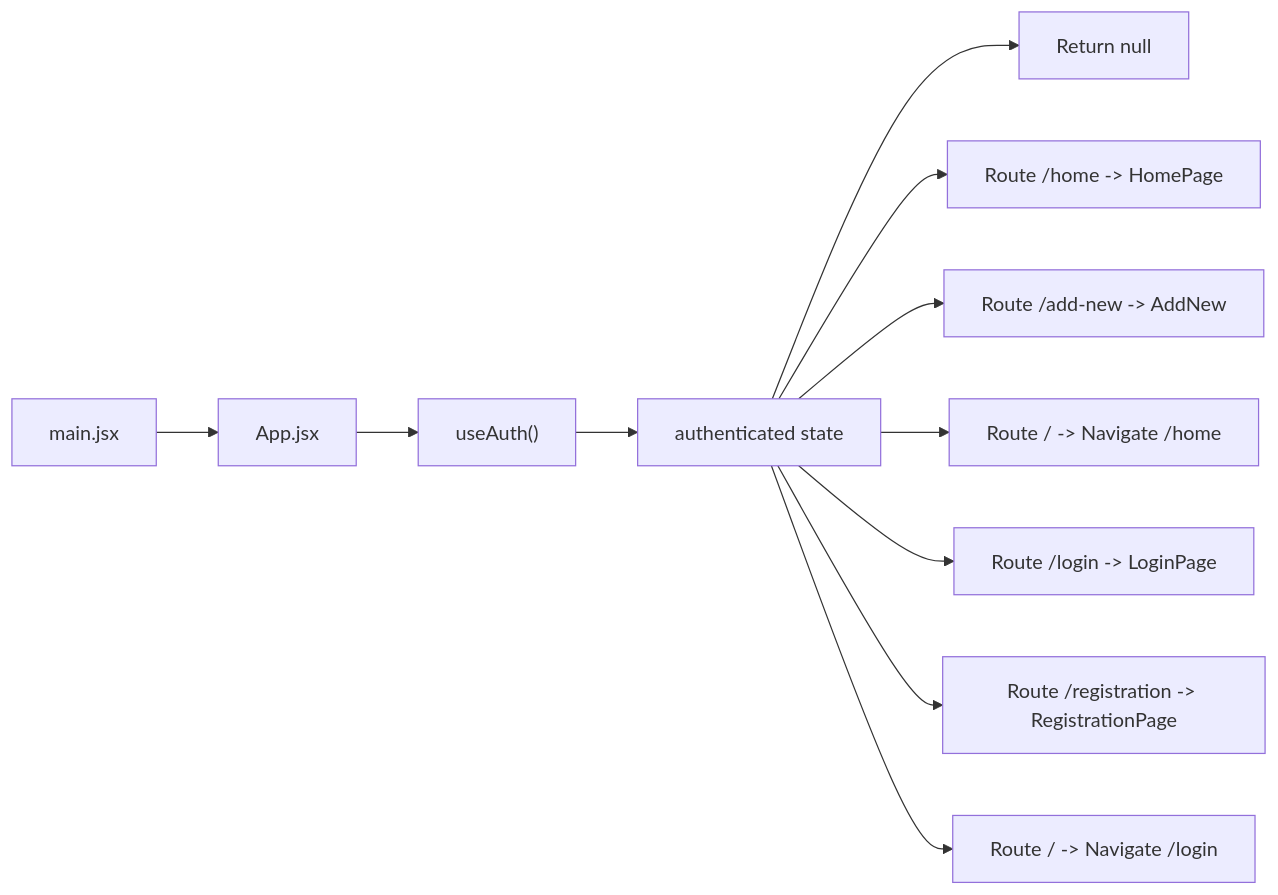
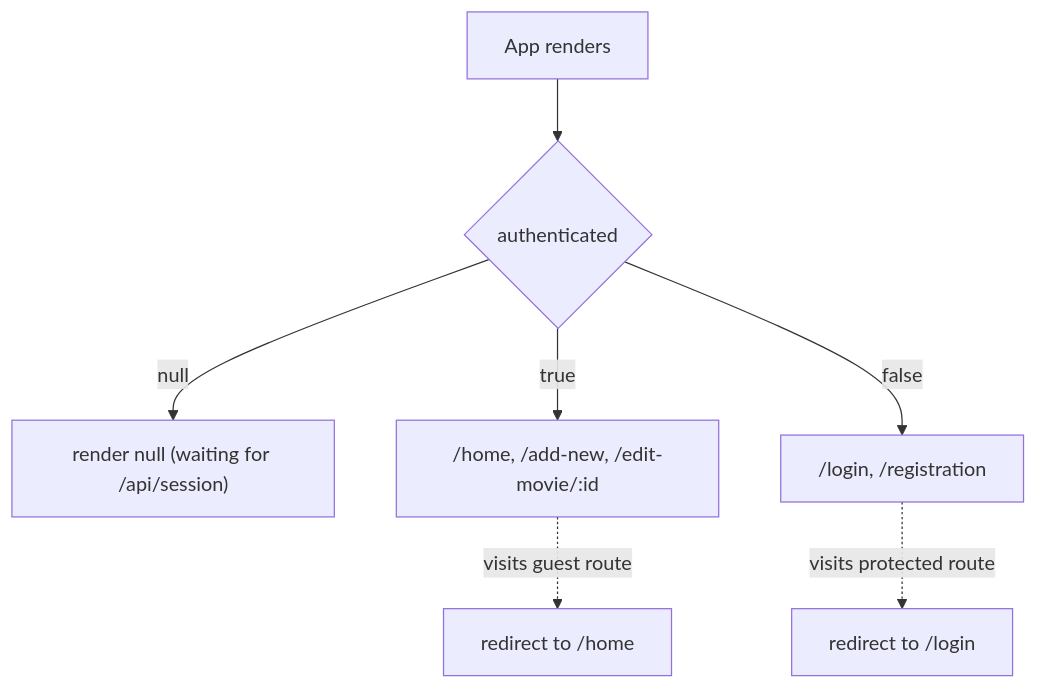
The sixth of 7 diagrams in README.md (rhythm162k/my_movie_diary), drawn with Mermaid before and after one commit. The commit also changed other lines of this file, not shown here.

````diff
--- a/README.md
+++ b/README.md
@@ -984,24 +561,9 @@
 ```mermaid
-flowchart LR
-    subIndex["main.jsx"]
-    AppC["App.jsx"]
-    useAuthHook["useAuth()"]
-    authCheck["authenticated state"]
-    ReturnNull["Return null"]
-    HomeRoute["Route /home -> HomePage"]
-    AddRoute["Route /add-new -> AddNew"]
-    RootRoute["Route / -> Navigate /home"]
-    LoginRoute["Route /login -> LoginPage"]
-    RegRoute["Route /registration -> RegistrationPage"]
-    RootRouteFalse["Route / -> Navigate /login"]
-    subIndex --> AppC
-    AppC --> useAuthHook
-    useAuthHook --> authCheck
-    authCheck --> ReturnNull
-    authCheck --> HomeRoute
-    authCheck --> AddRoute
-    authCheck --> RootRoute
-    authCheck --> LoginRoute
-    authCheck --> RegRoute
-    authCheck --> RootRouteFalse
+flowchart TD
+  Start["App renders"] --> Check{"authenticated"}
+  Check -- "null" --> Nothing["render null (waiting for /api/session)"]
+  Check -- "true" --> Private["/home, /add-new, /edit-movie/:id"]
+  Check -- "false" --> Public["/login, /registration"]
+  Private -. "visits guest route" .-> RedirectHome["redirect to /home"]
+  Public -. "visits protected route" .-> RedirectLogin["redirect to /login"]
 ```
````
